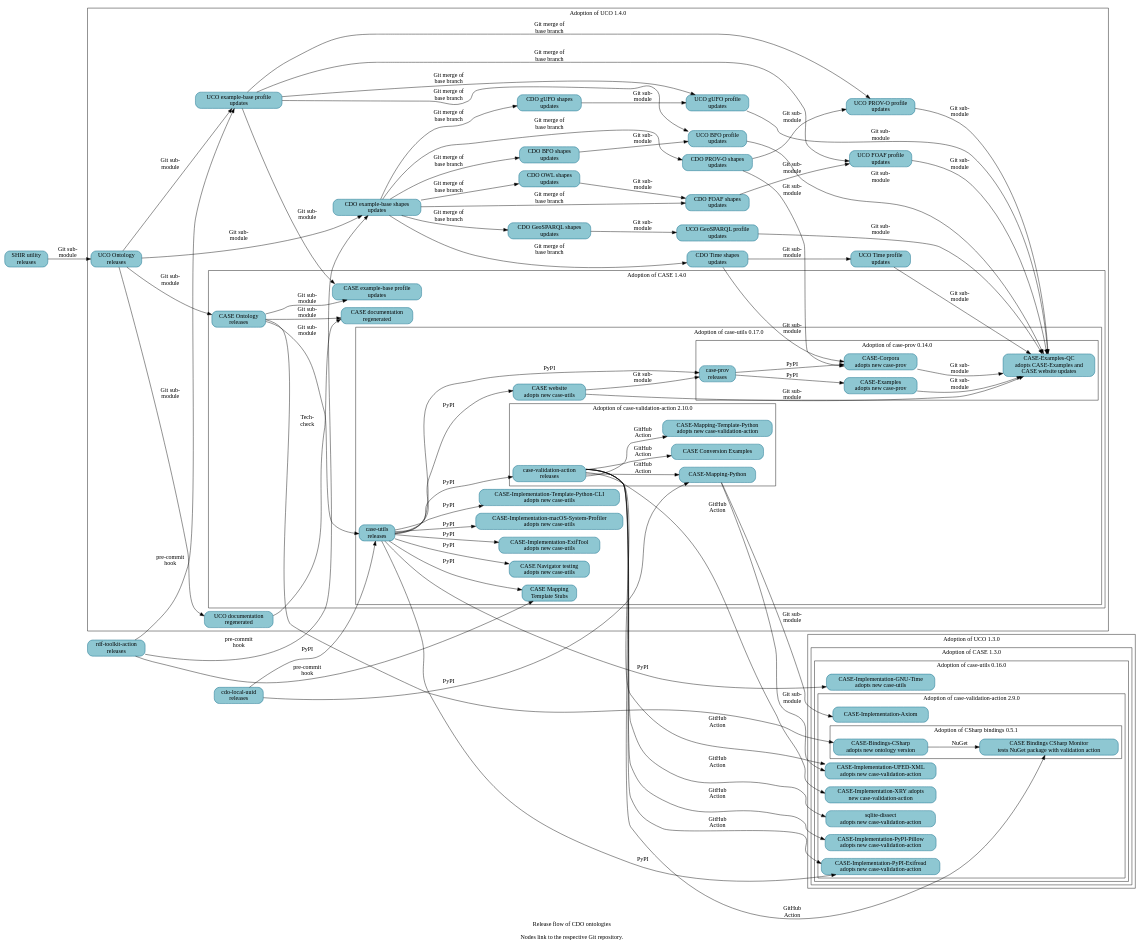
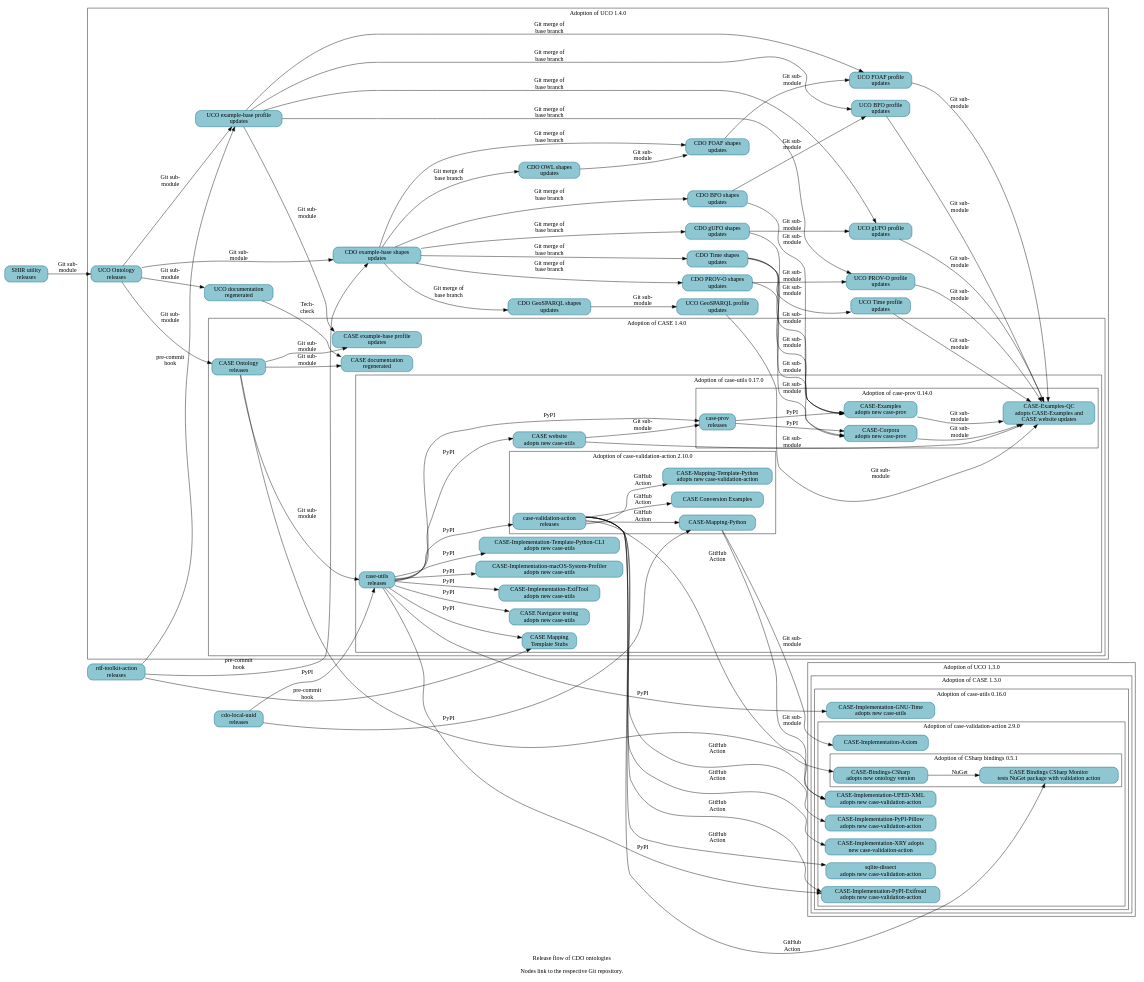
Before and after one commit to Cyber-Domain-Ontology/cdo.github.io: the diagram in resources/project_release_flow.dot, drawn with Graphviz.

Commit message:
Link CDO-Shapes-{BFO,gUFO,Time} into supply chain for CASE-Examples
A follow-on patch will regenerate Make-managed files.

References:
* https://github.com/casework/CASE-Examples/pull/147

```diff
--- a/resources/project_release_flow.dot
+++ b/resources/project_release_flow.dot
@@ -134,6 +134,7 @@
   _GH__CIPHERTECHSOLUTIONS__CASE_BINDINGS_CSHARP -> _GH__CASEWORK__CASE_BINDINGS_CSHARP_MONITOR [label="NuGet"] ;
   _GH__CYBER_DOMAIN_ONTOLOGY__CDO_UTILITY_LOCAL_UUID -> _GH__CASEWORK__CASE_MAPPING_PYTHON [label="PyPI"] ;
   _GH__CYBER_DOMAIN_ONTOLOGY__CDO_UTILITY_LOCAL_UUID -> _GH__CASEWORK__CASE_UTILITIES_PYTHON [label="PyPI"] ;
+  _GH__CYBER_DOMAIN_ONTOLOGY__CDO_SHAPES_BFO -> _GH__CASEWORK__CASE_EXAMPLES [label="Git sub-\nmodule"] ;
   _GH__CYBER_DOMAIN_ONTOLOGY__CDO_SHAPES_BFO -> _GH__UCOPROJECT__UCO_PROFILE_BFO [label="Git sub-\nmodule"] ;
   _GH__CYBER_DOMAIN_ONTOLOGY__CDO_SHAPES_EXAMPLE -> _GH__CYBER_DOMAIN_ONTOLOGY__CDO_SHAPES_BFO [label="Git merge of\nbase branch"] ;
   _GH__CYBER_DOMAIN_ONTOLOGY__CDO_SHAPES_EXAMPLE -> _GH__CYBER_DOMAIN_ONTOLOGY__CDO_SHAPES_FOAF [label="Git merge of\nbase branch"] ;
@@ -144,11 +145,13 @@
   _GH__CYBER_DOMAIN_ONTOLOGY__CDO_SHAPES_EXAMPLE -> _GH__CYBER_DOMAIN_ONTOLOGY__CDO_SHAPES_TIME [label="Git merge of\nbase branch"] ;
   _GH__CYBER_DOMAIN_ONTOLOGY__CDO_SHAPES_FOAF -> _GH__UCOPROJECT__UCO_PROFILE_FOAF [label="Git sub-\nmodule"] ;
   _GH__CYBER_DOMAIN_ONTOLOGY__CDO_SHAPES_GEOSPARQL -> _GH__UCOPROJECT__UCO_PROFILE_GEOSPARQL [label="Git sub-\nmodule"] ;
+  _GH__CYBER_DOMAIN_ONTOLOGY__CDO_SHAPES_GUFO -> _GH__CASEWORK__CASE_EXAMPLES [label="Git sub-\nmodule"] ;
   _GH__CYBER_DOMAIN_ONTOLOGY__CDO_SHAPES_GUFO -> _GH__UCOPROJECT__UCO_PROFILE_GUFO [label="Git sub-\nmodule"] ;
   _GH__CYBER_DOMAIN_ONTOLOGY__CDO_SHAPES_OWL -> _GH__CYBER_DOMAIN_ONTOLOGY__CDO_SHAPES_FOAF [label="Git sub-\nmodule"] ;
   _GH__CYBER_DOMAIN_ONTOLOGY__CDO_SHAPES_PROV_O -> _GH__CASEWORK__CASE_CORPORA [label="Git sub-\nmodule"] ;
   _GH__CYBER_DOMAIN_ONTOLOGY__CDO_SHAPES_PROV_O -> _GH__UCOPROJECT__UCO_PROFILE_PROV_O [label="Git sub-\nmodule"] ;
   _GH__CYBER_DOMAIN_ONTOLOGY__CDO_SHAPES_TIME -> _GH__CASEWORK__CASE_CORPORA [label="Git sub-\nmodule"] ;
+  _GH__CYBER_DOMAIN_ONTOLOGY__CDO_SHAPES_TIME -> _GH__CASEWORK__CASE_EXAMPLES [label="Git sub-\nmodule"] ;
   _GH__CYBER_DOMAIN_ONTOLOGY__CDO_SHAPES_TIME -> _GH__UCOPROJECT__UCO_PROFILE_TIME [label="Git sub-\nmodule"] ;
   _GH__KCHASON__CASE_VALIDATION_ACTION -> _GH__CASEWORK__CASE_BINDINGS_CSHARP_MONITOR [label="GitHub\nAction"] ;
   _GH__KCHASON__CASE_VALIDATION_ACTION -> _GH__CASEWORK__CASE_EXAMPLES_CONVERSION [label="GitHub\nAction"];
```
